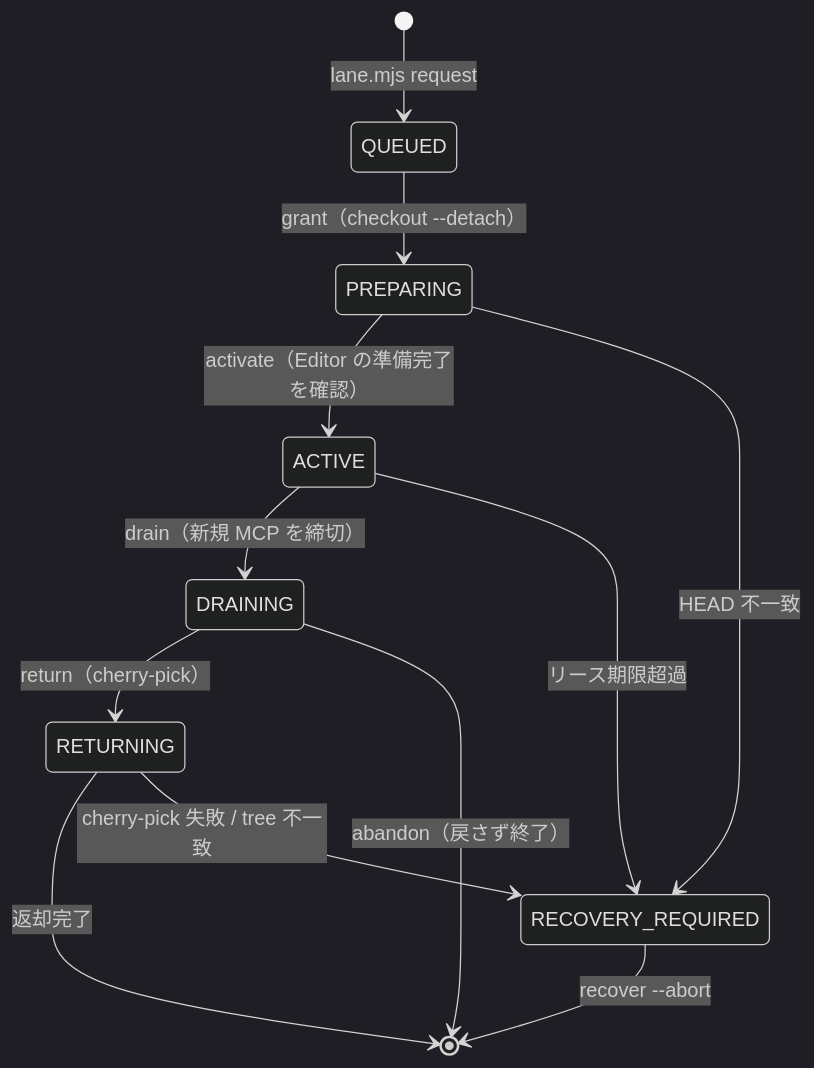
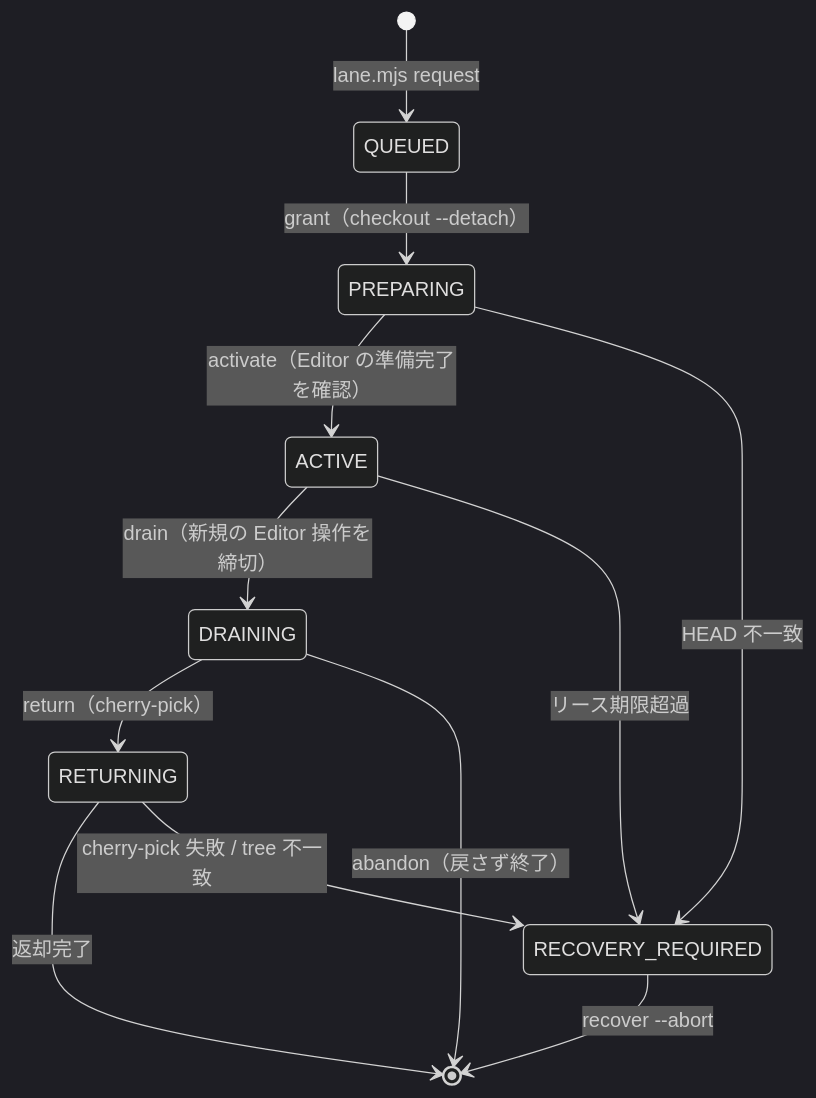
Before and after one commit to HRYooba/project-setup: the diagram in skills/setup-unity/templates/base/skills/unity-parallel/references/protocol.md, drawn with Mermaid (dark theme). The commit also changed other lines of this file and 33 other files, not shown here.

````diff
--- a/skills/setup-unity/templates/base/skills/unity-parallel/references/protocol.md
+++ b/skills/setup-unity/templates/base/skills/unity-parallel/references/protocol.md
@@ -7,14 +7,14 @@
 ```mermaid
 stateDiagram-v2
     [*] --> QUEUED: lane.mjs request
     QUEUED --> PREPARING: grant（checkout --detach）
     PREPARING --> ACTIVE: activate（Editor の準備完了を確認）
-    ACTIVE --> DRAINING: drain（新規 MCP を締切）
+    ACTIVE --> DRAINING: drain（新規の Editor 操作を締切）
     DRAINING --> RETURNING: return（cherry-pick）
     RETURNING --> [*]: 返却完了
     DRAINING --> [*]: abandon（戻さず終了）
     PREPARING --> RECOVERY_REQUIRED: HEAD 不一致
     RETURNING --> RECOVERY_REQUIRED: cherry-pick 失敗 / tree 不一致
     ACTIVE --> RECOVERY_REQUIRED: リース期限超過
     RECOVERY_REQUIRED --> [*]: recover --abort
 ```
````
